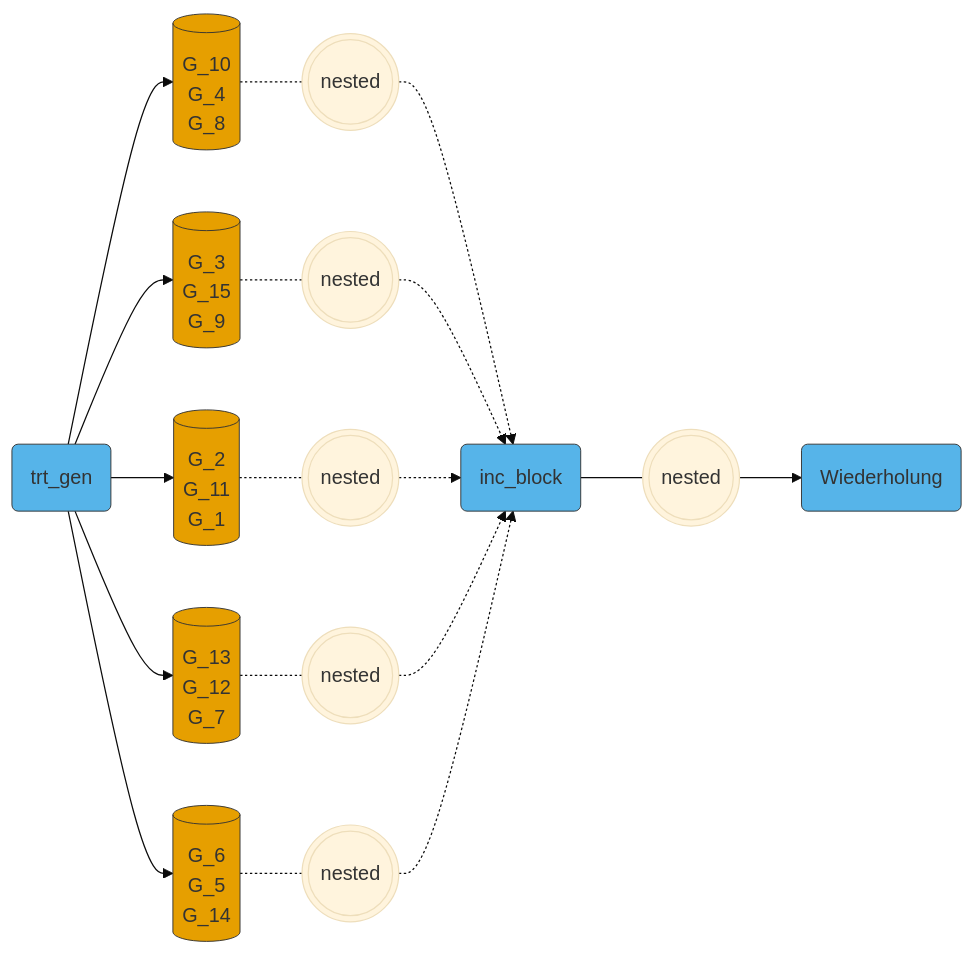
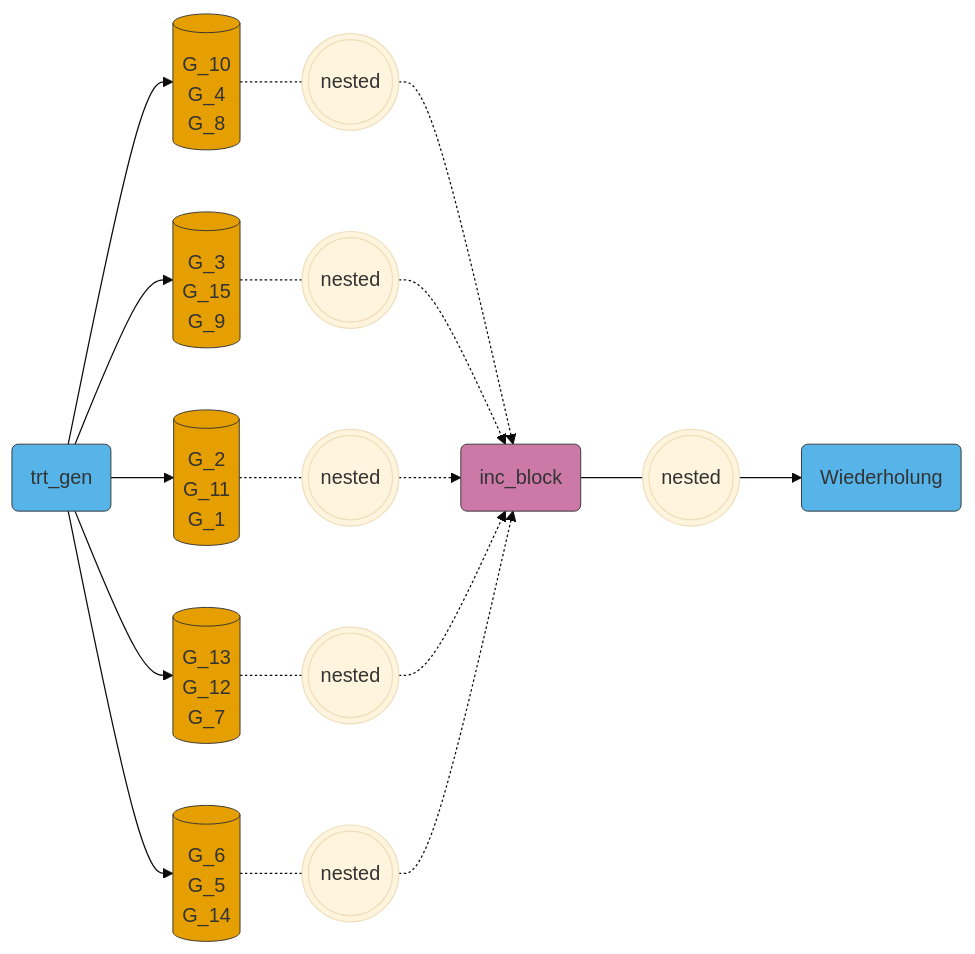
One commit to jkruppa/jkruppa.github.io changed the third of 4 diagrams in experimental-design-basic.qmd. Above: the diagram before and after it, drawn with Mermaid (base theme). The commit also changed other lines of this file and 133 other files, not shown here.

````diff
--- a/experimental-design-basic.qmd
+++ b/experimental-design-basic.qmd
@@ -497,25 +497,26 @@
 ```{mermaid}
 %%| label: fig-mermaid-basic-alpha
 %%| fig-width: 6
 %%| fig-cap: "Schematische Darstellung der Abhängigkeitsstruktur im Alpha-Versuchsplan. Die Level der Behandlung werden zufällig auf *incomplete blocks* aufgeteilt und diese Blöcke dann vollständig in Wiederholungen randomisiert."
 flowchart LR
     A(trt_gen):::factor --> B & C & D & E & F
     B[("G_10 
         G_4
-        G_8")]:::level -.- G(((nested))) -.-> L(inc_block):::factor
+        G_8")]:::level -.- G(((nested))) -.-> L(inc_block):::inc_block
     C[("G_3
         G_15
         G_9")]:::level -.- H(((nested))) -.-> L
     D[("G_2 
         G_11
         G_1")]:::level -.- I(((nested))) -.-> L
     E[("G_13
         G_12
         G_7")]:::level -.- J(((nested))) -.-> L
     F[("G_6 
         G_5
         G_14")]:::level -.- K(((nested))) -.-> L
     L --- M(((nested))) --> N(Wiederholung):::factor
     classDef factor fill:#56B4E9,stroke:#333,stroke-width:0.75px
     classDef level fill:#E69F00,stroke:#333,stroke-width:0.75px
+    classDef inc_block fill:#CC79A7,stroke:#333,stroke-width:0.75px
 ```
````
